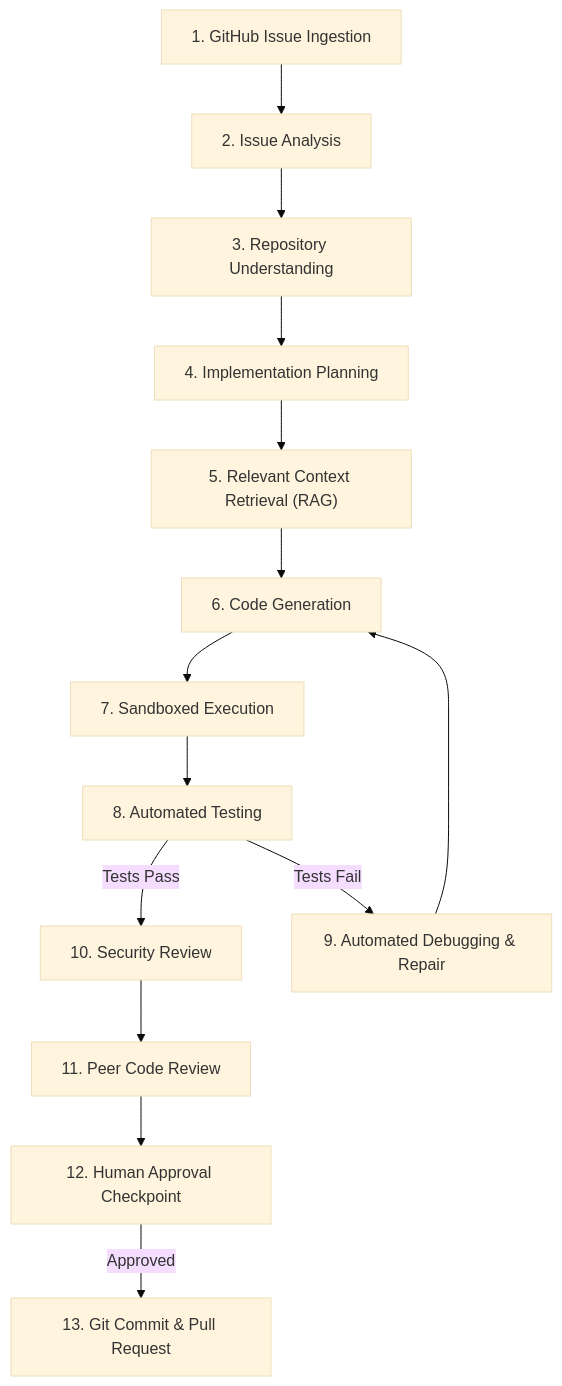
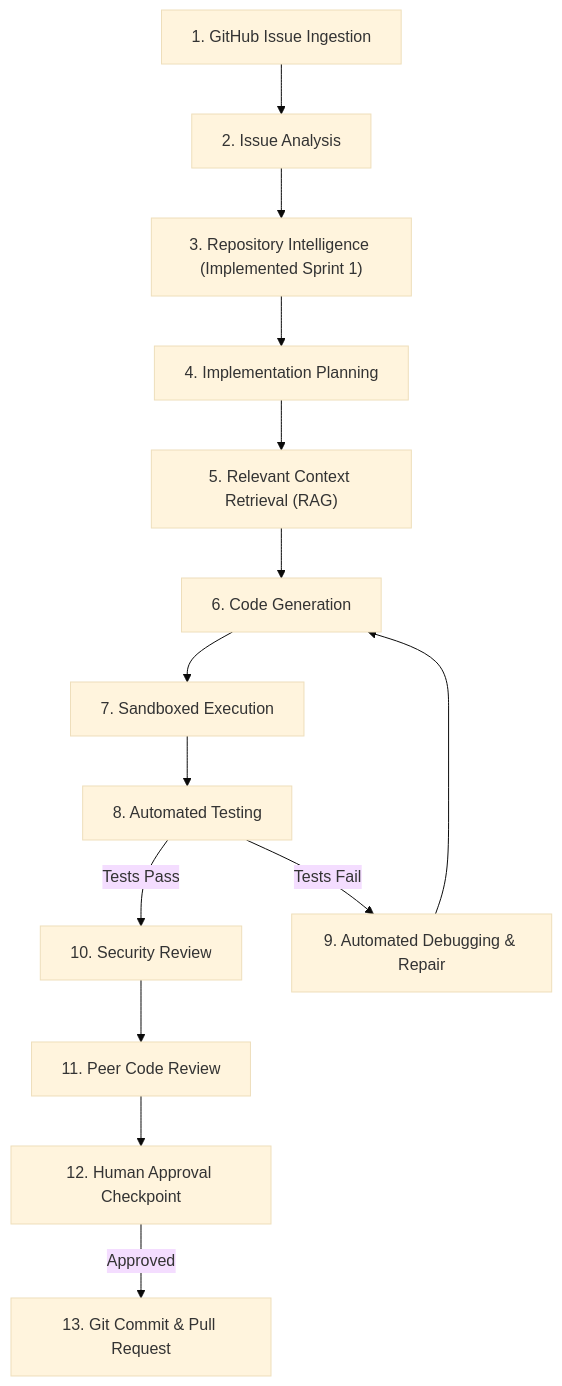
One commit to swikarb69/AgentForge changed the diagram in README.md. Above: the diagram before and after it, drawn with Mermaid (base theme). The commit also changed other lines of this file and 17 other files, not shown here.

````diff
--- a/README.md
+++ b/README.md
@@ -54,16 +57,16 @@
 ```mermaid
 flowchart TD
     A["1. GitHub Issue Ingestion"] --> B["2. Issue Analysis"]
-    B --> C["3. Repository Understanding"]
+    B --> C["3. Repository Intelligence (Implemented Sprint 1)"]
     C --> D["4. Implementation Planning"]
     D --> E["5. Relevant Context Retrieval (RAG)"]
     E --> F["6. Code Generation"]
     F --> G["7. Sandboxed Execution"]
     G --> H["8. Automated Testing"]
     H -->|Tests Pass| J["10. Security Review"]
     H -->|Tests Fail| I["9. Automated Debugging & Repair"]
     I --> F
     J --> K["11. Peer Code Review"]
     K --> L["12. Human Approval Checkpoint"]
     L -->|Approved| M["13. Git Commit & Pull Request"]
 ```
````
